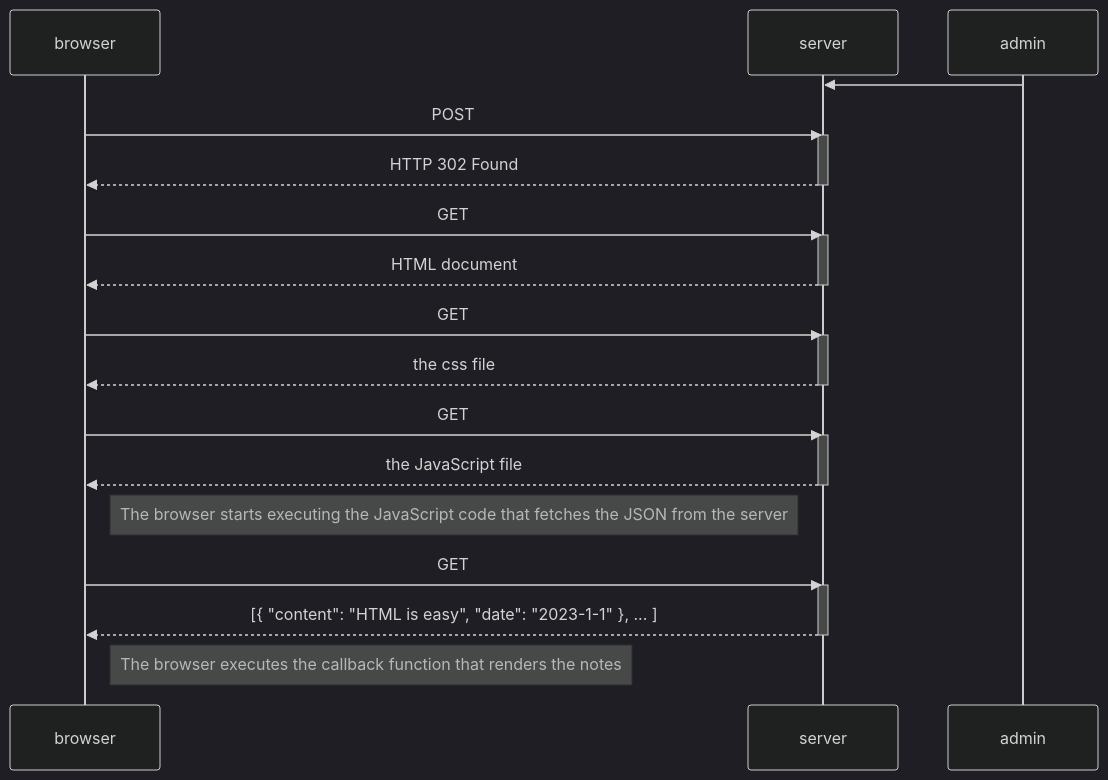
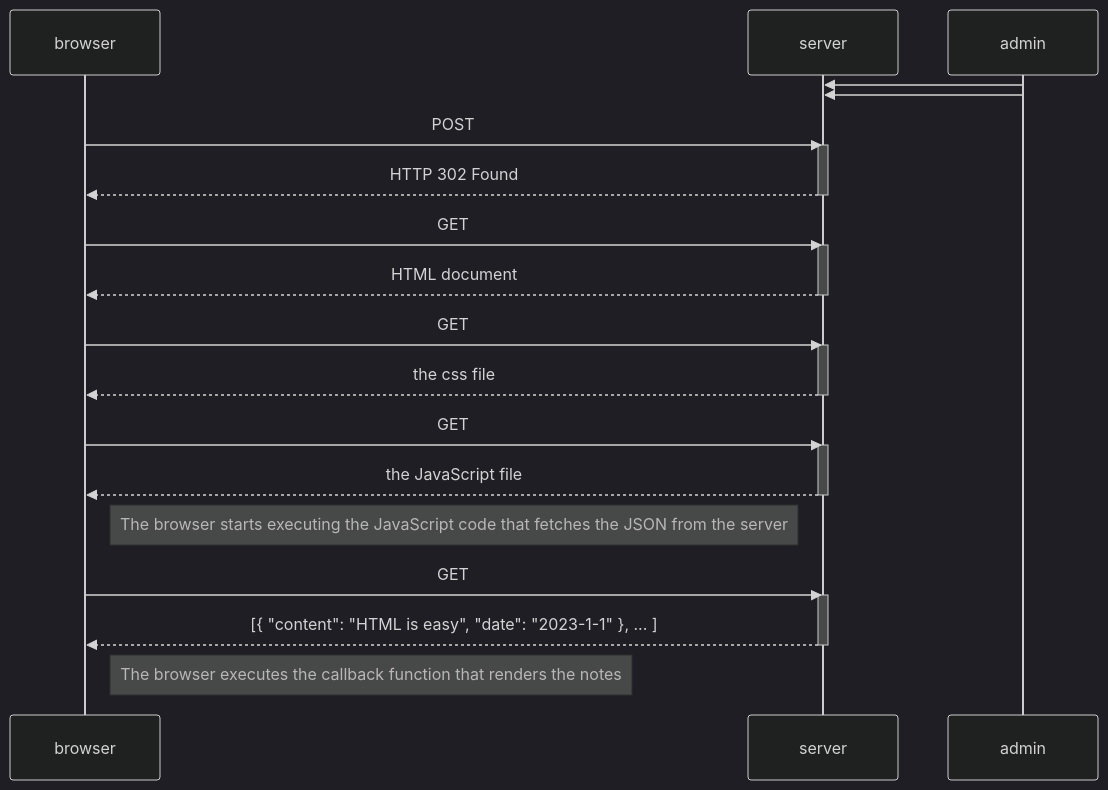
Before and after one commit to KRISH-76/Fullstackopen: the diagram in part 0/0.4.md, drawn with Mermaid (dark theme).

````diff
--- a/part 0/0.4.md
+++ b/part 0/0.4.md
@@ -1,40 +1,42 @@
 ```mermaid
 sequenceDiagram
     participant browser
     participant server
     participant admin
 
     admin->>server:
+    admin->>server:
+
 
     browser->>server: POST 
     activate server
     server-->>browser: HTTP 302 Found
     deactivate server
 
 
 
 
     browser->>server: GET 
     activate server
     server-->>browser: HTML document
     deactivate server
 
     browser->>server: GET 
     activate server
     server-->>browser: the css file
     deactivate server
 
     browser->>server: GET 
     activate server
     server-->>browser: the JavaScript file
     deactivate server
 
     Note right of browser: The browser starts executing the JavaScript code that fetches the JSON from the server
 
     browser->>server: GET 
     activate server
     server-->>browser: [{ "content": "HTML is easy", "date": "2023-1-1" }, ... ]
     deactivate server
 
     Note right of browser: The browser executes the callback function that renders the notes
 ```
````
